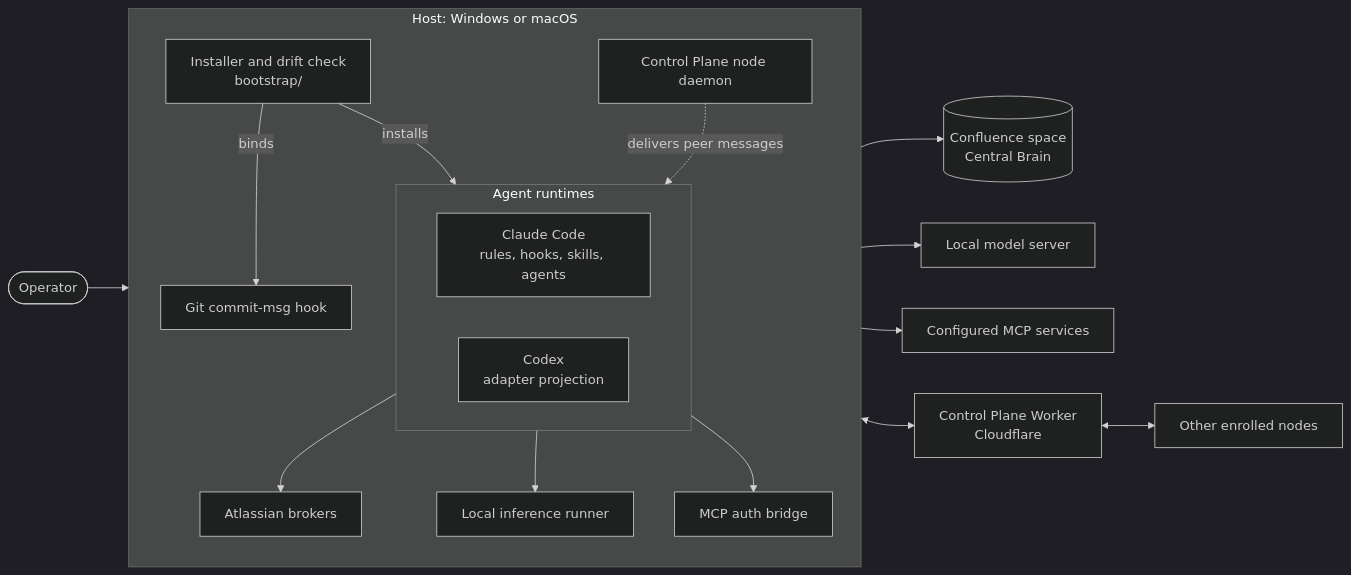
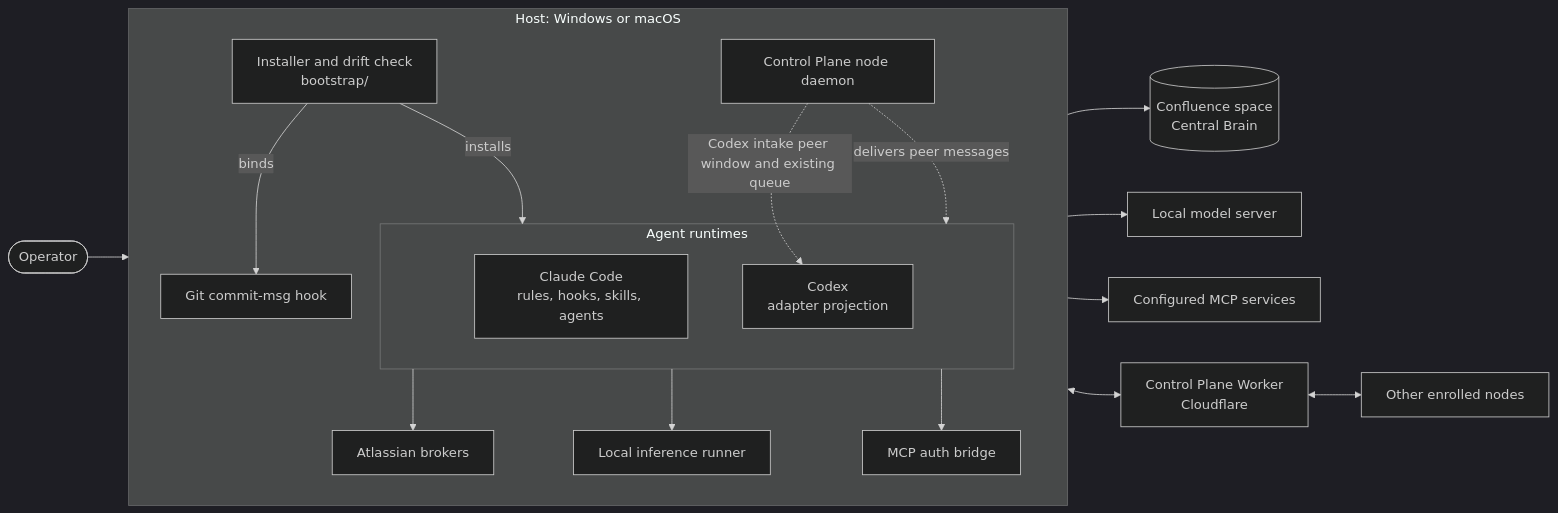
One commit to cfaysal/kherep changed the diagram in README.md. Above: the diagram before and after it, drawn with Mermaid (dark theme). The commit also changed 7 other files, not shown here.

Commit message:
fix: keep Codex peers moving during task intake

````diff
--- a/README.md
+++ b/README.md
@@ -45,33 +45,34 @@
 ```mermaid
 flowchart LR
   operator([Operator])
 
   subgraph host["Host: Windows or macOS"]
     direction TB
     bootstrap["Installer and drift check<br/>bootstrap/"]
     subgraph runtimes["Agent runtimes"]
       claude["Claude Code<br/>rules, hooks, skills, agents"]
       codex["Codex<br/>adapter projection"]
     end
     githook["Git commit-msg hook"]
     brokers["Atlassian brokers"]
     runner["Local inference runner"]
     bridge["MCP auth bridge"]
     nodeDaemon["Control Plane node daemon"]
   end
 
   confluence[("Confluence space<br/>Central Brain")]
   model["Local model server"]
   mcp["Configured MCP services"]
   worker["Control Plane Worker<br/>Cloudflare"]
   peers["Other enrolled nodes"]
 
   operator --> runtimes
   bootstrap -->|installs| runtimes
   bootstrap -->|binds| githook
   runtimes --> brokers --> confluence
   runtimes --> runner --> model
   runtimes --> bridge --> mcp
   nodeDaemon <--> worker <--> peers
   nodeDaemon -.->|delivers peer messages| runtimes
+  nodeDaemon -.->|Codex intake peer window and existing queue| codex
 ```
````
